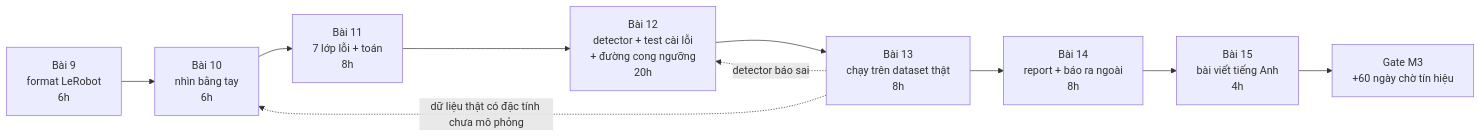
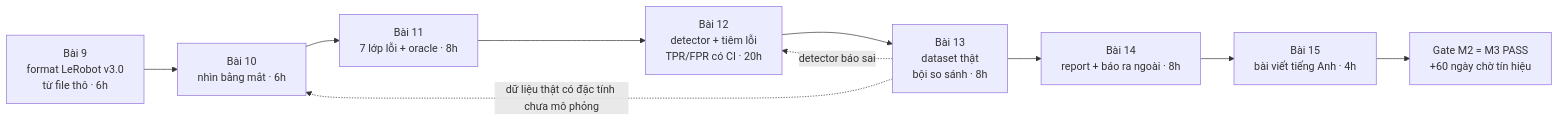
One commit to mrleloi/robotics-lab changed the first of 6 diagrams in giao-trinh/khoa-2/m2-dataset-audit.md. Above: the diagram before and after it, drawn with Mermaid. The commit also changed other lines of this file and 7 other files, not shown here.

````diff
--- a/giao-trinh/khoa-2/m2-dataset-audit.md
+++ b/giao-trinh/khoa-2/m2-dataset-audit.md
@@ -5,12 +7,12 @@
 ```mermaid
 flowchart LR
-  B9["Bài 9<br/>format LeRobot<br/>6h"] --> B10["Bài 10<br/>nhìn bằng tay<br/>6h"]
-  B10 --> B11["Bài 11<br/>7 lớp lỗi + toán<br/>8h"]
-  B11 --> B12["Bài 12<br/>detector + test cài lỗi<br/>+ đường cong ngưỡng<br/>20h"]
-  B12 --> B13["Bài 13<br/>chạy trên dataset thật<br/>8h"]
-  B13 --> B14["Bài 14<br/>report + báo ra ngoài<br/>8h"]
-  B14 --> B15["Bài 15<br/>bài viết tiếng Anh<br/>4h"]
-  B15 --> G["Gate M3<br/>+60 ngày chờ tín hiệu"]
+  B9["Bài 9<br/>format LeRobot v3.0<br/>từ file thô · 6h"] --> B10["Bài 10<br/>nhìn bằng mắt · 6h"]
+  B10 --> B11["Bài 11<br/>7 lớp lỗi + oracle · 8h"]
+  B11 --> B12["Bài 12<br/>detector + tiêm lỗi<br/>TPR/FPR có CI · 20h"]
+  B12 --> B13["Bài 13<br/>dataset thật<br/>bội so sánh · 8h"]
+  B13 --> B14["Bài 14<br/>report + báo ra ngoài · 8h"]
+  B14 --> B15["Bài 15<br/>bài viết tiếng Anh · 4h"]
+  B15 --> G["Gate M2 = M3 PASS<br/>+60 ngày chờ tín hiệu"]
   B13 -. "detector báo sai" .-> B12
   B13 -. "dữ liệu thật có đặc tính chưa mô phỏng" .-> B10
 ```
````
